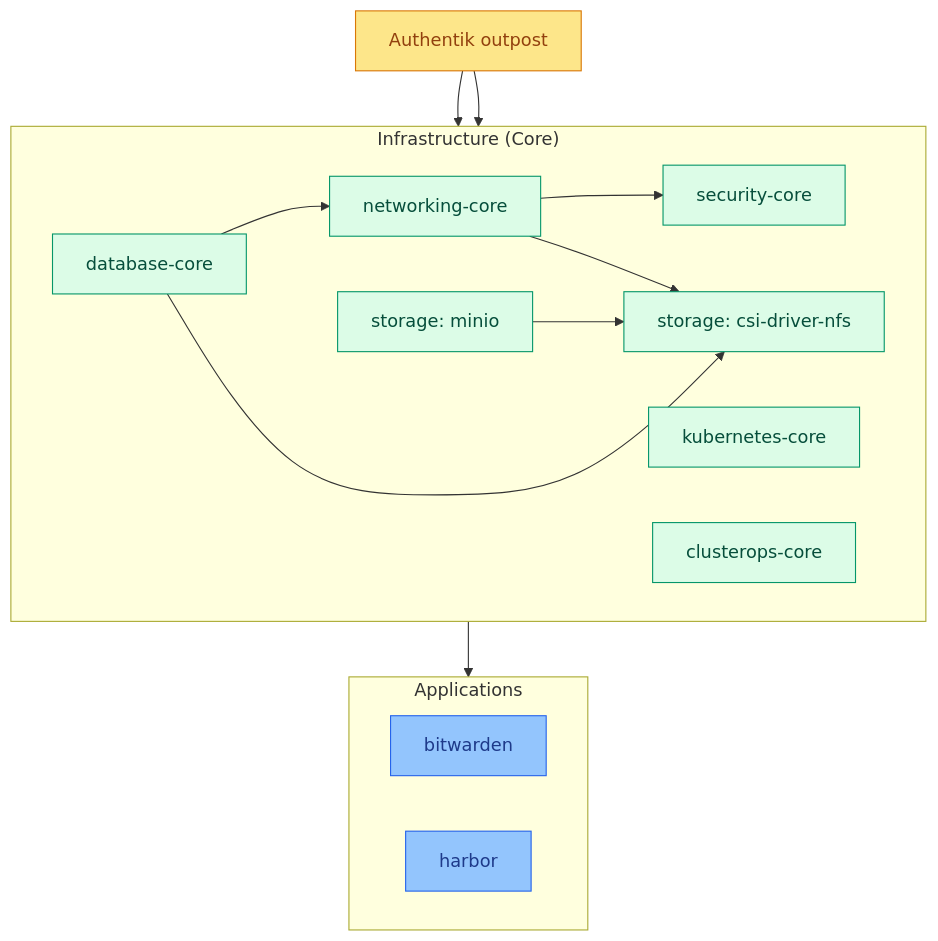
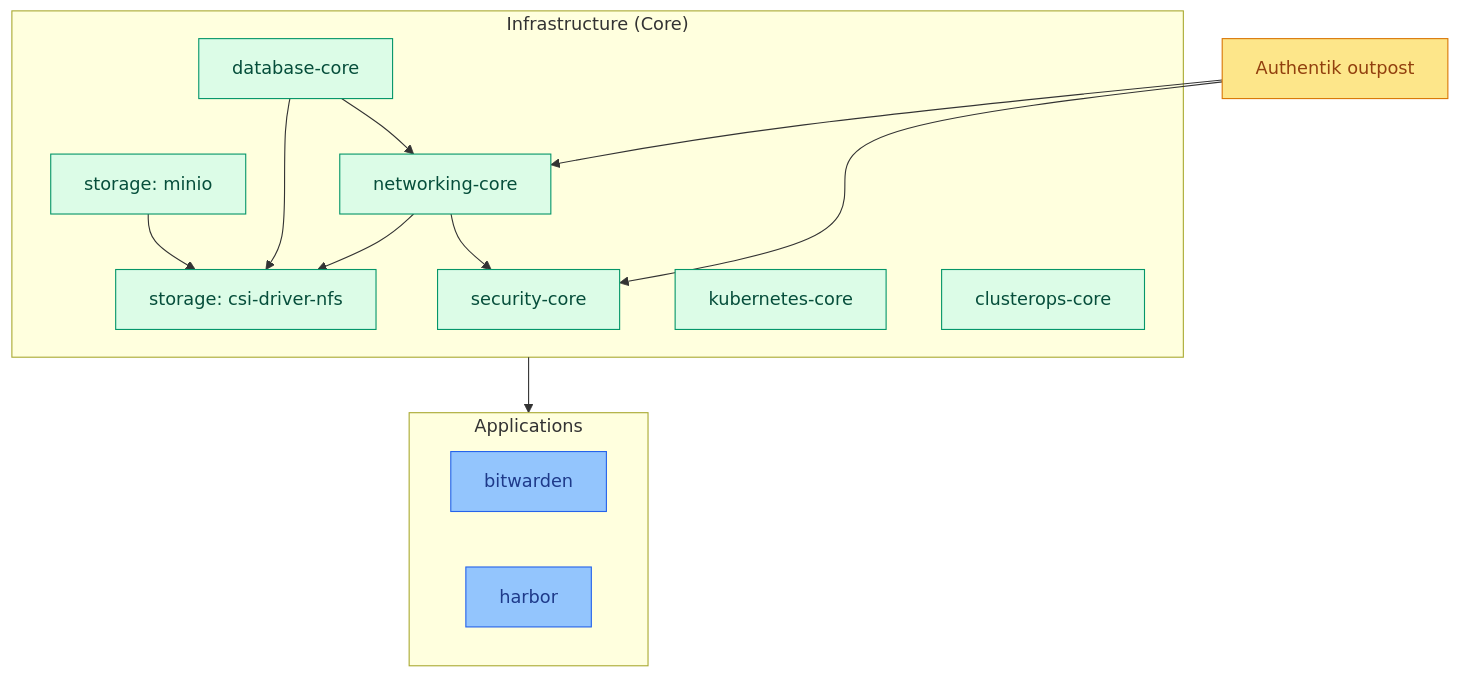
One commit to ppat/homelab-ops-kubernetes-clusters changed the diagram in clusters/nas/README.md. Above: the diagram before and after it, drawn with Mermaid. The commit also changed 4 other files, not shown here.

First line of the commit message:
fix(dev-tools): fix broken mermaid diagrams and drop restated config from docs

````diff
--- a/clusters/nas/README.md
+++ b/clusters/nas/README.md
@@ -52,32 +52,30 @@
 ```mermaid
 flowchart TB
     classDef core fill:#dcfce7,stroke:#059669,color:#064e3b
     classDef apps fill:#93c5fd,stroke:#2563eb,color:#1e3a8a
     classDef outpost fill:#fde68a,stroke:#d97706,color:#92400e
 
     subgraph Core["Infrastructure (Core)"]
-        direction LR
         sec[security-core]:::core
         nfs[storage: csi-driver-nfs]:::core
         minio[storage: minio]:::core
         k8s[kubernetes-core]:::core
         net[networking-core]:::core
         db[database-core]:::core
         ops[clusterops-core]:::core
     end
 
     subgraph Apps["Applications"]
-        direction LR
         bw[bitwarden]:::apps
         harbor:::apps
     end
 
     out[Authentik outpost]:::outpost
 
     net --> sec & nfs
     minio --> nfs
     db --> net & nfs
     out --> sec & net
 
     Core --> Apps
 ```
````
